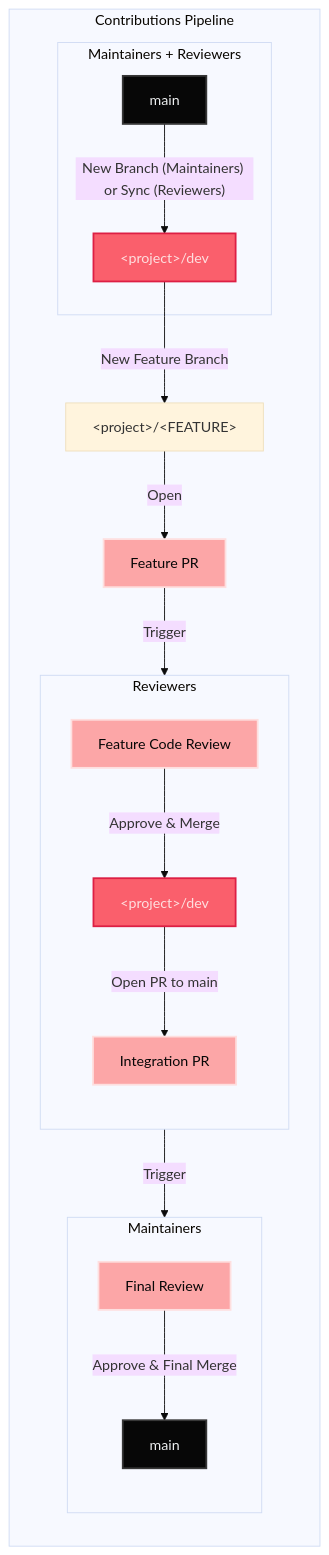
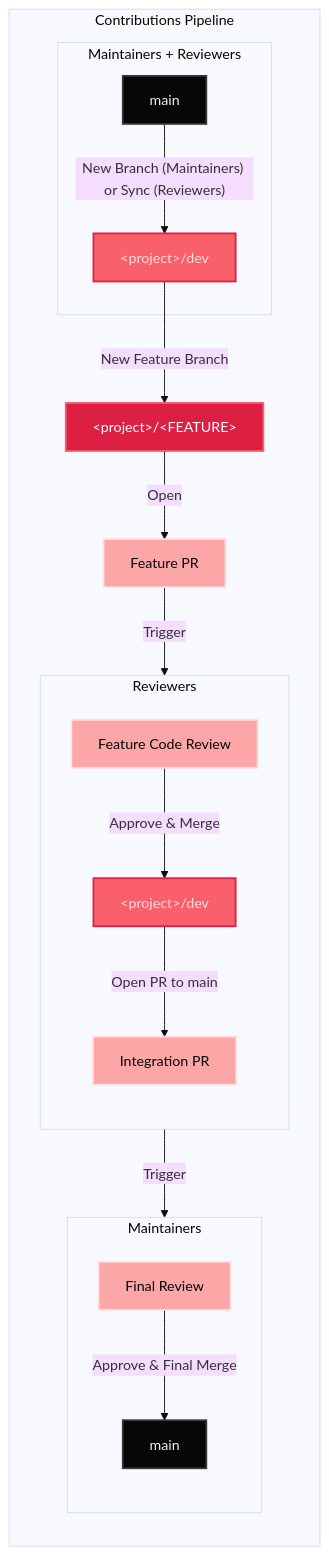
Before and after one commit to AURobotics/UGVC-Rover-26: the first of 2 diagrams in README.md, drawn with Mermaid (base theme).

Commit message:
Update diagram labels for clarity in README

````diff
--- a/README.md
+++ b/README.md
@@ -32,38 +32,39 @@
 ```mermaid
 graph TD
 
     subgraph ProjectTrack ["Contributions Pipeline"]
         direction TB
         subgraph ReviewerSyncSub ["Maintainers + Reviewers"]
-            MainStart2["main"] -->|New Branch &lpar;Maintainers&rpar; or Sync &lpar;Reviewers&rpar;| ProjDev1["&lt;project&gt;/dev"]
+            MainStart2["main"] -->|"New Branch (Maintainers) or Sync (Reviewers)"| ProjDev1["&lt;project&gt;/dev"]
         end
-        ProjDev1 -->|New Feature Branch| ProjFeature["&lt;project&gt;/&lt;FEATURE&gt;"]
-        ProjFeature -->|Open| PRStep["Feature PR"]
+        ProjDev1 -->|"New Feature Branch"| ProjFeature["&lt;project&gt;/&lt;FEATURE&gt;"]
+        ProjFeature -->|"Open"| PRStep["Feature PR"]
         
         subgraph ReviewerPrSub ["Reviewers"]
             direction TB
-            ReviewStep["Feature Code Review"] -->|Approve & Merge| ProjDev2["&lt;project&gt;/dev"]
+            ReviewStep["Feature Code Review"] -->|"Approve & Merge"| ProjDev2["&lt;project&gt;/dev"]
             IntegrationPR["Integration PR"]
-        end ReviewerPrSub
+        end
         
         subgraph DevMaintainers ["Maintainers"]
             direction TB
-            IntegrationPR -->|Trigger| FinalReview["Final Review"]
-            FinalReview -->|Approve & Final Merge| MainEnd2["main"]
+            IntegrationPR -->|"Trigger"| FinalReview["Final Review"]
+            FinalReview -->|"Approve & Final Merge"| MainEnd2["main"]
         end
 
-        PRStep -->|Trigger| ReviewStep
+        PRStep -->|"Trigger"| ReviewStep
         
         %% Flow from project dev branch into the main integration pipeline
-        ProjDev2 -->|Open PR to main| IntegrationPR
+        ProjDev2 -->|"Open PR to main"| IntegrationPR
     end
 
     classDef mainBranch fill:#070707,stroke:#373737,stroke-width:2px,color:#EDEFF0;
     classDef devBranch fill:#FA5F6C,stroke:#DD1F44,stroke-width:2px,color:#FEDFDF;
+    classDef featureBranch fill:#DD1F44,stroke:#FA5F6C,stroke-width:2px,color:#FFFFFF;
     classDef reviewNode fill:#FCA6A7,stroke:#FEDFDF,stroke-width:2px,color:#070707;
 
     class MainStart2,MainEnd2 mainBranch
     class ProjDev1,ProjDev2 devBranch
     class ProjFeature featureBranch
     class PRStep,ReviewStep,IntegrationPR,FinalReview reviewNode
 ```
````
